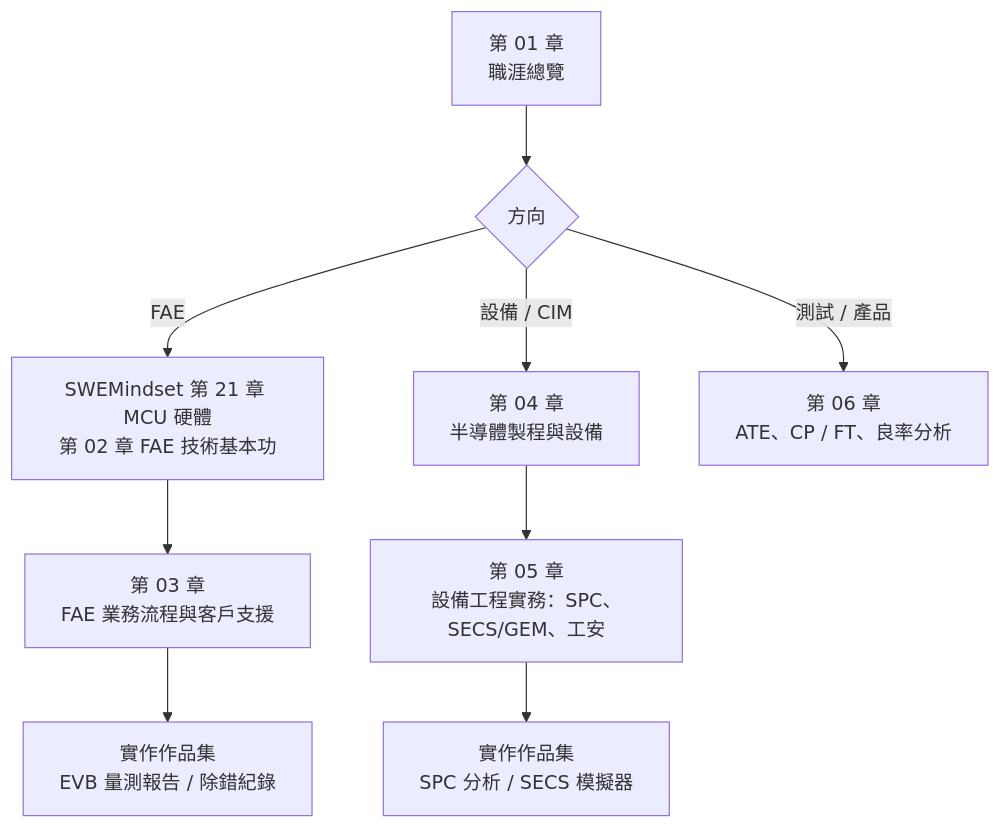
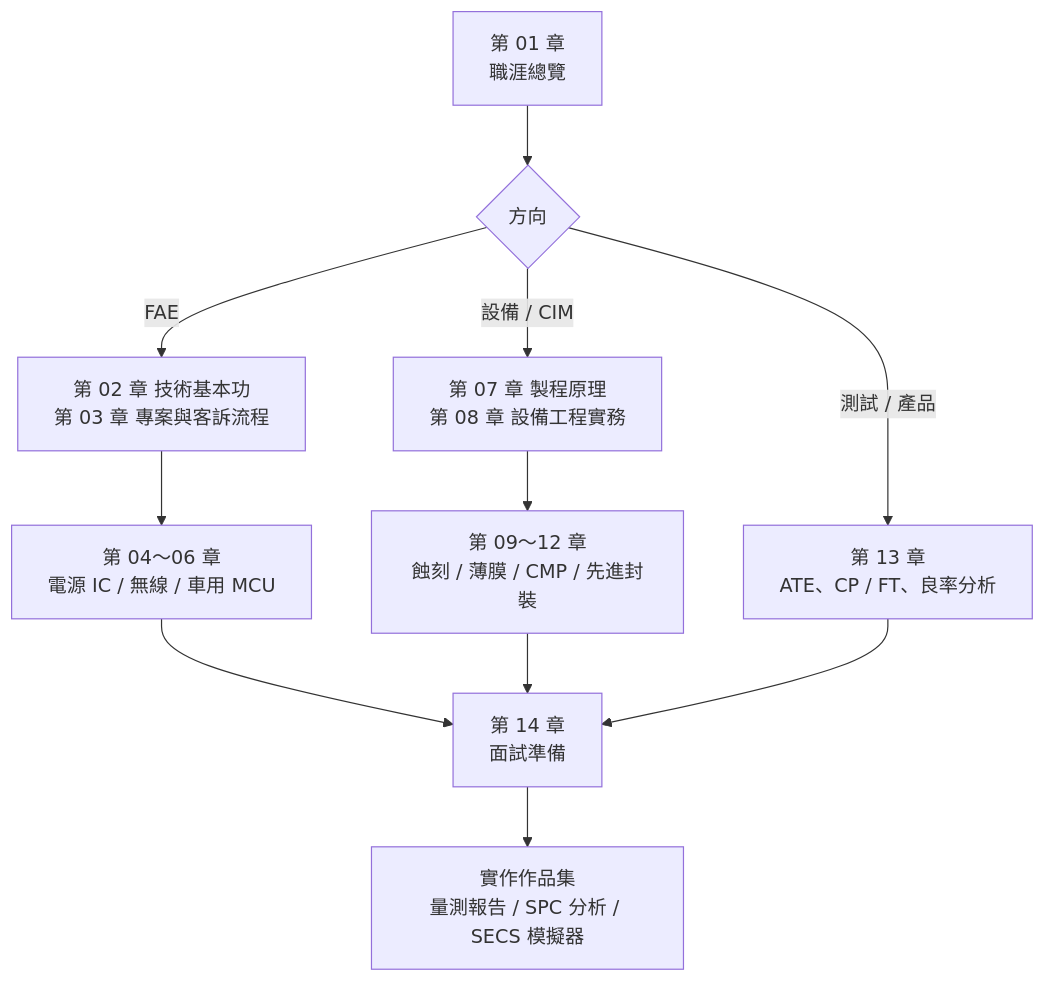
One commit to wyc915/FAE-EE-Mindset changed the diagram in docs/01-career-overview.md. Above: the diagram before and after it, drawn with Mermaid. The commit also changed other lines of this file and 18 other files, not shown here.

````diff
--- a/docs/01-career-overview.md
+++ b/docs/01-career-overview.md
@@ -93,11 +93,13 @@
 ```mermaid
 flowchart TD
   A[第 01 章<br/>職涯總覽] --> B{方向}
-  B -- FAE --> C[SWEMindset 第 21 章 MCU 硬體<br/>第 02 章 FAE 技術基本功]
-  C --> D[第 03 章<br/>FAE 業務流程與客戶支援]
-  B -- 設備 / CIM --> E[第 04 章<br/>半導體製程與設備]
-  E --> F[第 05 章<br/>設備工程實務：SPC、SECS/GEM、工安]
-  B -- 測試 / 產品 --> T[第 06 章<br/>ATE、CP / FT、良率分析]
-  D --> G[實作作品集<br/>EVB 量測報告 / 除錯紀錄]
-  F --> H[實作作品集<br/>SPC 分析 / SECS 模擬器]
+  B -- FAE --> C[第 02 章 技術基本功<br/>第 03 章 專案與客訴流程]
+  C --> D[第 04～06 章<br/>電源 IC / 無線 / 車用 MCU]
+  B -- 設備 / CIM --> E[第 07 章 製程原理<br/>第 08 章 設備工程實務]
+  E --> F[第 09～12 章<br/>蝕刻 / 薄膜 / CMP / 先進封裝]
+  B -- 測試 / 產品 --> T[第 13 章<br/>ATE、CP / FT、良率分析]
+  D --> I[第 14 章<br/>面試準備]
+  F --> I
+  T --> I
+  I --> G[實作作品集<br/>量測報告 / SPC 分析 / SECS 模擬器]
 ```
````
